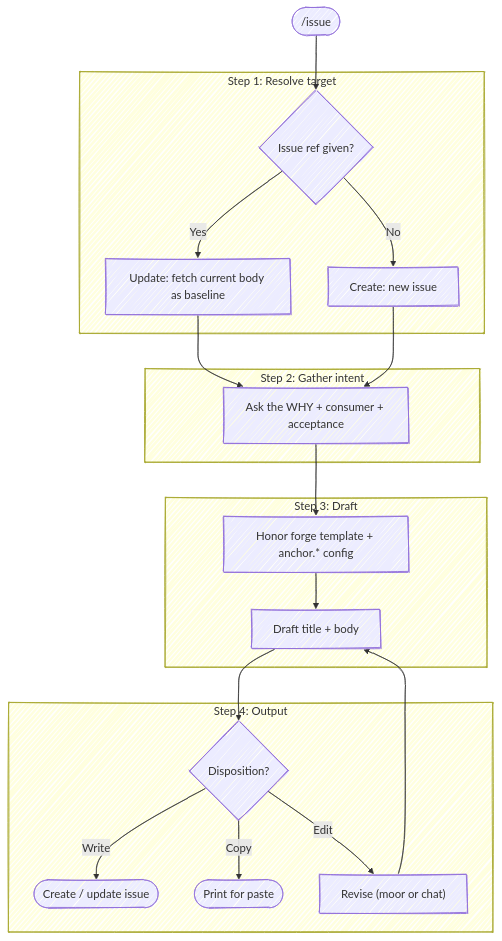
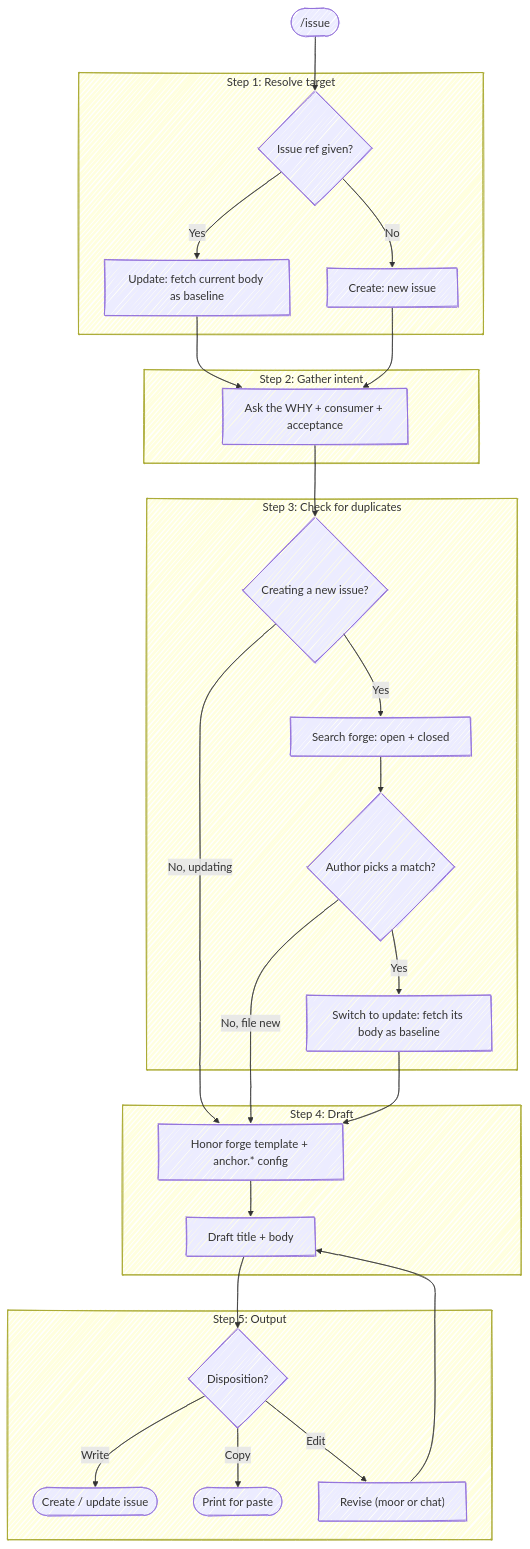
The diagram in skills/issue/SKILL.md (chris-peterson/anchor), drawn with Mermaid before and after one commit. The commit also changed other lines of this file, not shown here.

First line of the commit message:
Add a similar-issue check before filing a new issue

````diff
--- a/skills/issue/SKILL.md
+++ b/skills/issue/SKILL.md
@@ -14,27 +14,38 @@
 ```mermaid
 %%{ init: { 'look': 'handDrawn' } }%%
 flowchart TD
     Start(["/issue"]) --> Mode{Issue ref given?}
 
     subgraph "Step 1: Resolve target"
         Mode -->|Yes| Update["Update: fetch current body as baseline"]
         Mode -->|No| Create["Create: new issue"]
     end
 
     subgraph "Step 2: Gather intent"
         Update --> Why["Ask the WHY + consumer + acceptance"]
         Create --> Why
     end
 
-    subgraph "Step 3: Draft"
-        Why --> Tmpl["Honor forge template + anchor.* config"]
+    subgraph "Step 3: Check for duplicates"
+        Why --> FromCreate{Creating a new issue?}
+        FromCreate -->|Yes| Search["Search forge: open + closed"]
+        Search --> Match{Author picks a match?}
+        Match -->|Yes| Reuse["Switch to update: fetch its body as baseline"]
+    end
+
+    subgraph "Step 4: Draft"
+        Tmpl["Honor forge template + anchor.* config"]
         Tmpl --> Draft["Draft title + body"]
     end
 
-    subgraph "Step 4: Output"
+    FromCreate -->|No, updating| Tmpl
+    Match -->|No, file new| Tmpl
+    Reuse --> Tmpl
+
+    subgraph "Step 5: Output"
         Draft --> Out{Disposition?}
         Out -->|Write| Forge(["Create / update issue"])
         Out -->|Copy| CopyOnly(["Print for paste"])
         Out -->|Edit| Revise["Revise (moor or chat)"] --> Draft
     end
 ```
````
